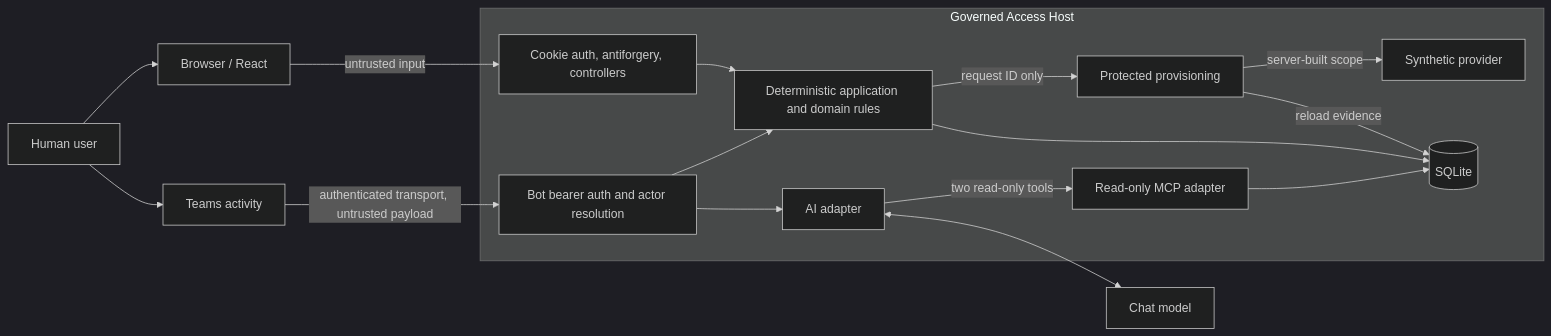
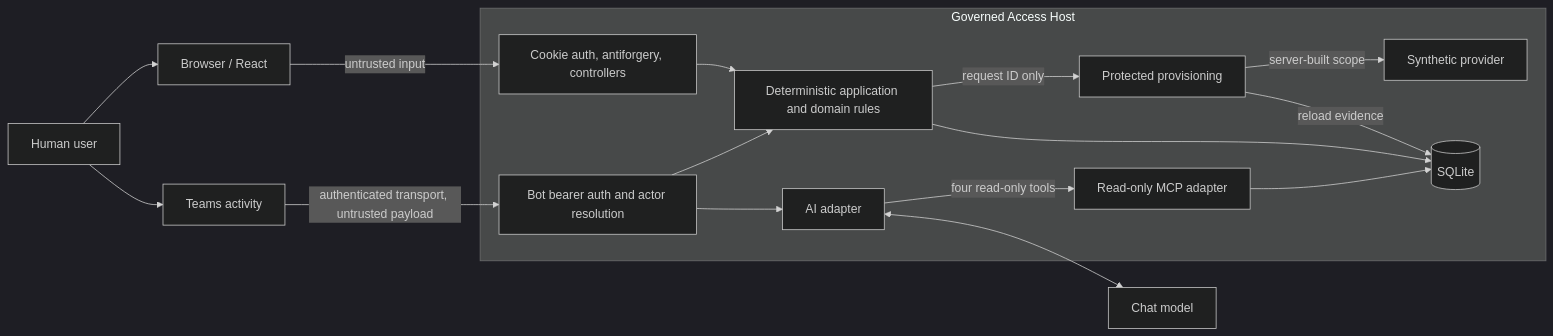
One commit to mariusz-kacz/production-access-request-assistant changed the diagram in docs/security-model.md. Above: the diagram before and after it, drawn with Mermaid (dark theme). The commit also changed other lines of this file and 45 other files, not shown here.

````diff
--- a/docs/security-model.md
+++ b/docs/security-model.md
@@ -33,33 +33,33 @@
 ```mermaid
 flowchart LR
     Human[Human user]
     Browser[Browser / React]
     Teams[Teams activity]
     Model[Chat model]
 
     subgraph Host[Governed Access Host]
         Web[Cookie auth, antiforgery, controllers]
         Activity[Bot bearer auth and actor resolution]
         AI[AI adapter]
         MCP[Read-only MCP adapter]
         App[Deterministic application and domain rules]
         Protected[Protected provisioning]
         Provider[Synthetic provider]
         DB[(SQLite)]
     end
 
     Human --> Browser
     Human --> Teams
     Browser -->|untrusted input| Web
     Teams -->|authenticated transport, untrusted payload| Activity
     Activity --> AI
     Activity --> App
     AI <--> Model
-    AI -->|two read-only tools| MCP
+    AI -->|four read-only tools| MCP
     MCP --> DB
     Web --> App
     App --> DB
     App -->|request ID only| Protected
     Protected -->|reload evidence| DB
     Protected -->|server-built scope| Provider
 ```
````
